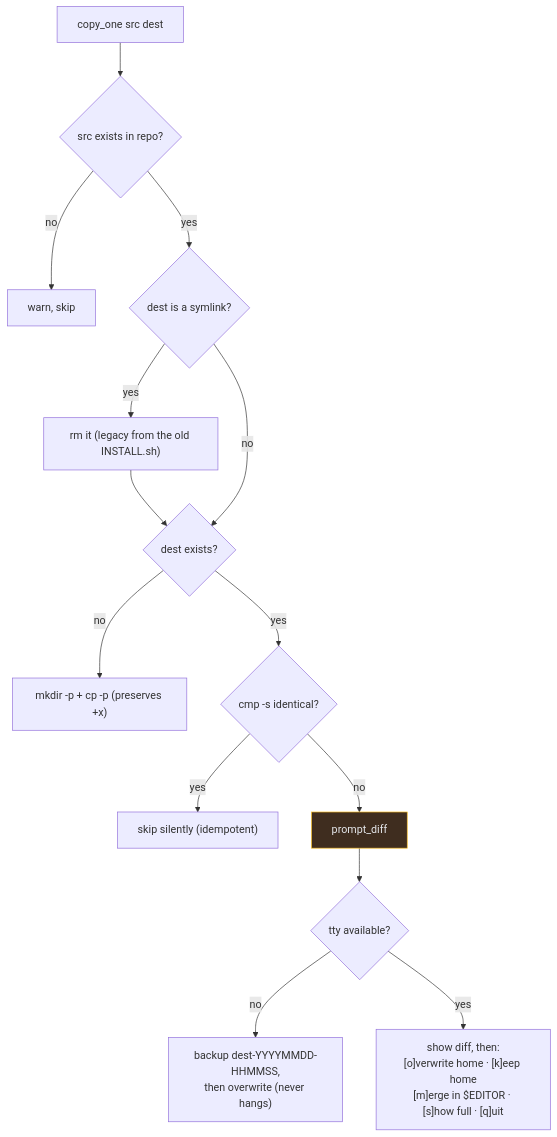
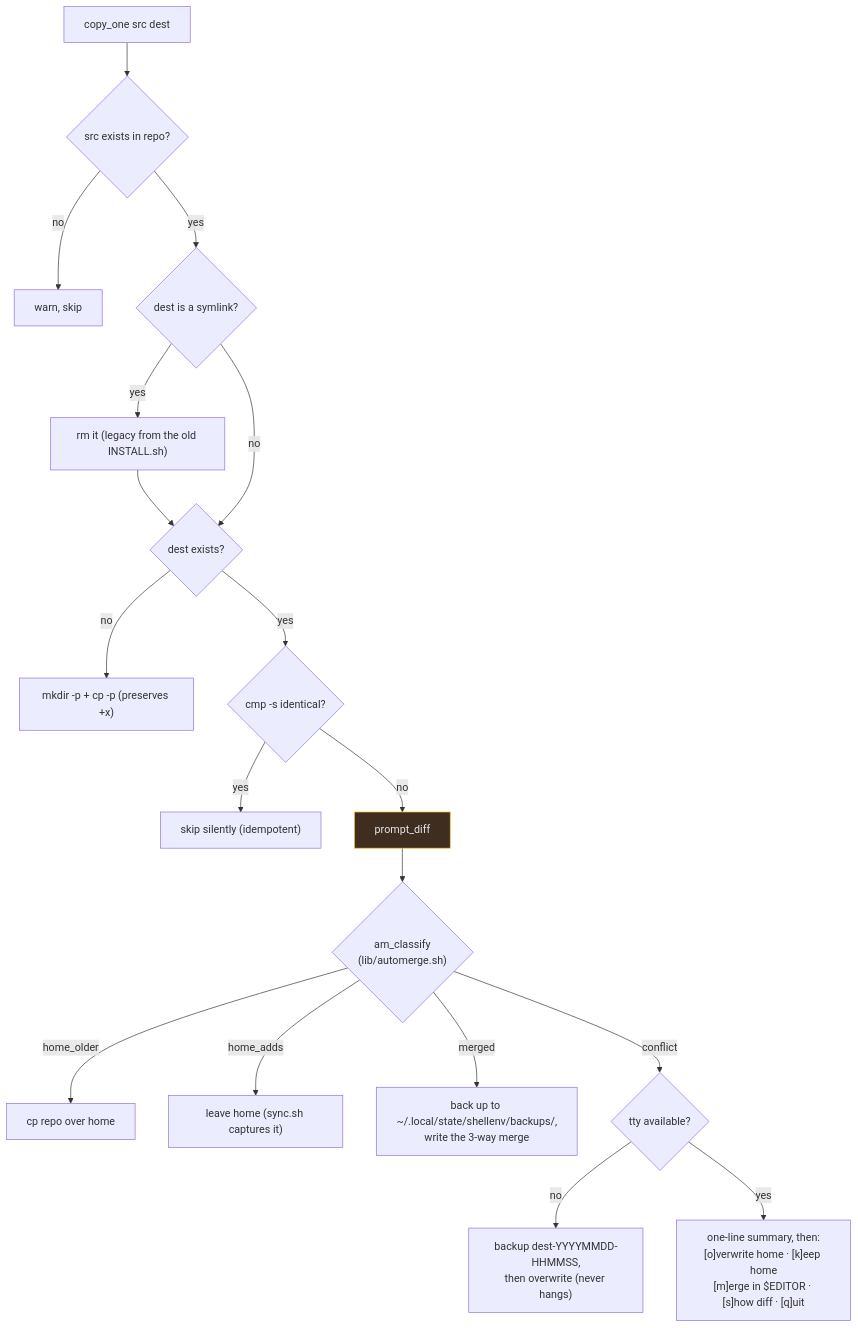
One commit to HenryEscobar/shellEnvironment changed the fourth of 6 diagrams in docs/architecture.md. Above: the diagram before and after it, drawn with Mermaid. The commit also changed other lines of this file and 5 other files, not shown here.

````diff
--- a/docs/architecture.md
+++ b/docs/architecture.md
@@ -186,17 +186,21 @@
 ```mermaid
 flowchart TD
     A["copy_one src dest"] --> B{"src exists in repo?"}
     B -->|no| B1["warn, skip"]
     B -->|yes| C{"dest is a symlink?"}
     C -->|yes| C1["rm it (legacy from the old INSTALL.sh)"] --> D
     C -->|no| D{"dest exists?"}
     D -->|no| D1["mkdir -p + cp -p (preserves +x)"]
     D -->|yes| E{"cmp -s identical?"}
     E -->|yes| E1["skip silently (idempotent)"]
     E -->|no| F["prompt_diff"]
-    F --> G{"tty available?"}
+    F --> V{"am_classify<br/>(lib/automerge.sh)"}
+    V -->|home_older| V1["cp repo over home"]
+    V -->|home_adds| V2["leave home (sync.sh captures it)"]
+    V -->|merged| V3["back up to ~/.local/state/shellenv/backups/,<br/>write the 3-way merge"]
+    V -->|conflict| G{"tty available?"}
     G -->|no| G1["backup dest-YYYYMMDD-HHMMSS,<br/>then overwrite (never hangs)"]
-    G -->|yes| G2["show diff, then:<br/>[o]verwrite home · [k]eep home<br/>[m]erge in $EDITOR · [s]how full · [q]uit"]
+    G -->|yes| G2["one-line summary, then:<br/>[o]verwrite home · [k]eep home<br/>[m]erge in $EDITOR · [s]how diff · [q]uit"]
 
     style F fill:#3f2d1f,stroke:#fbbf24,color:#e5e7eb
 ```
````
